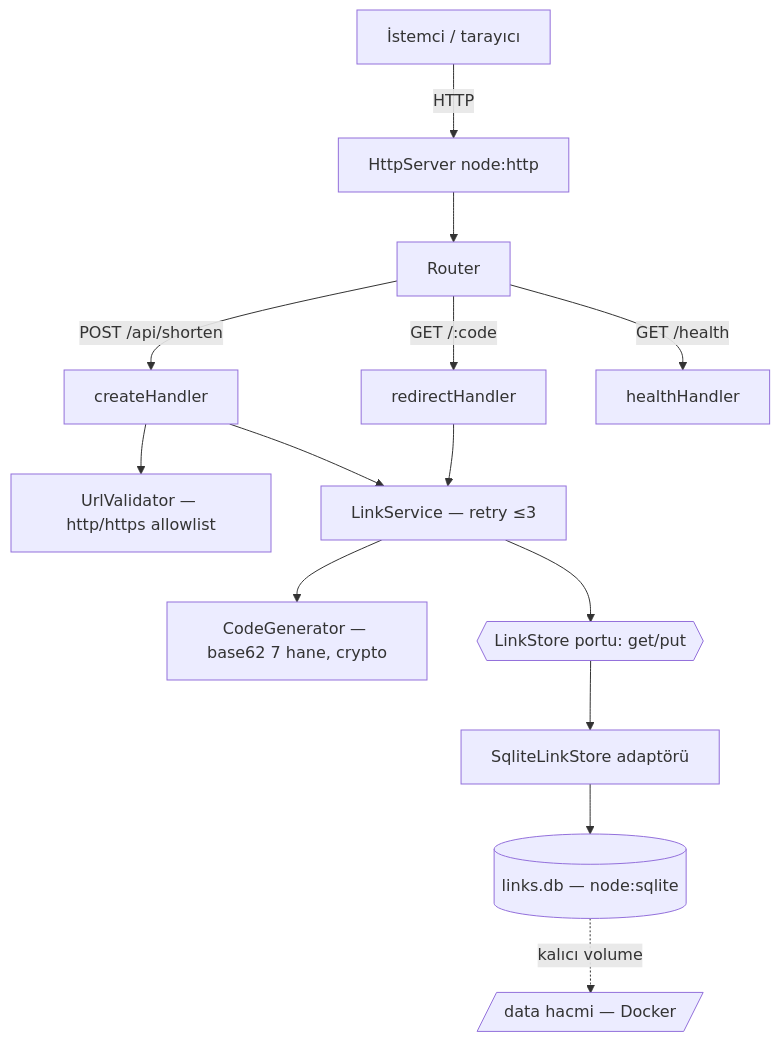
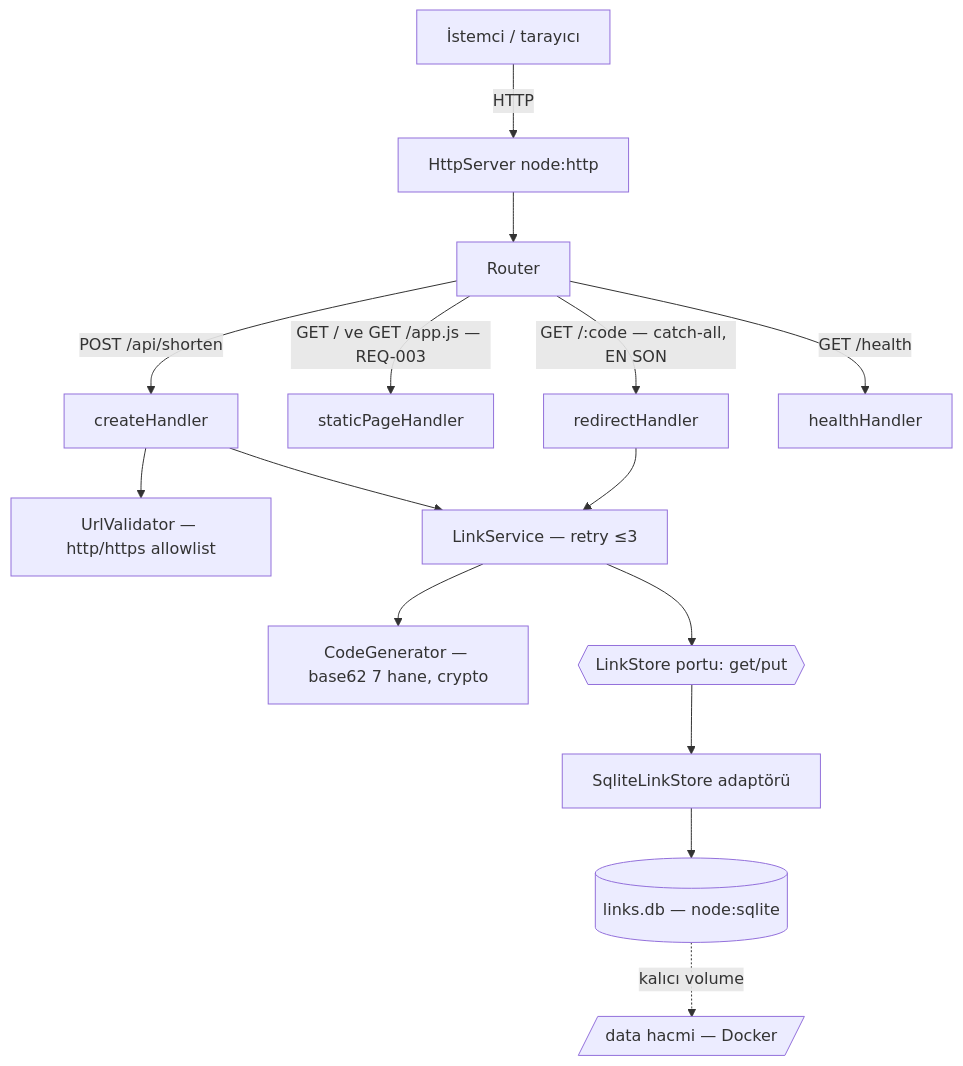
Before and after one commit to auto-forge-projects/url-shortener: the first of 4 diagrams in docs/05-architecture.md, drawn with Mermaid. The commit also changed other lines of this file and 2 other files, not shown here.

First line of the commit message:
phase(5): Mimari delta — REQ-003 FR-4 route genişlemesi (DL-05-004)

````diff
--- a/docs/05-architecture.md
+++ b/docs/05-architecture.md
@@ -7,16 +8,17 @@
 ```mermaid
 graph TD
   C[İstemci / tarayıcı] -->|HTTP| S[HttpServer node:http]
   S --> R[Router]
   R -->|POST /api/shorten| H1[createHandler]
-  R -->|GET /:code| H2[redirectHandler]
+  R -->|GET / ve GET /app.js — REQ-003| H4[staticPageHandler]
+  R -->|GET /:code — catch-all, EN SON| H2[redirectHandler]
   R -->|GET /health| H3[healthHandler]
   H1 --> V[UrlValidator — http/https allowlist]
   H1 --> SV[LinkService — retry ≤3]
   H2 --> SV
   SV --> G[CodeGenerator — base62 7 hane, crypto]
   SV --> P{{LinkStore portu: get/put}}
   P --> A[SqliteLinkStore adaptörü]
   A --> DB[(links.db — node:sqlite)]
   DB -.kalıcı volume.-> VOL[/data hacmi — Docker/]
 ```
````
